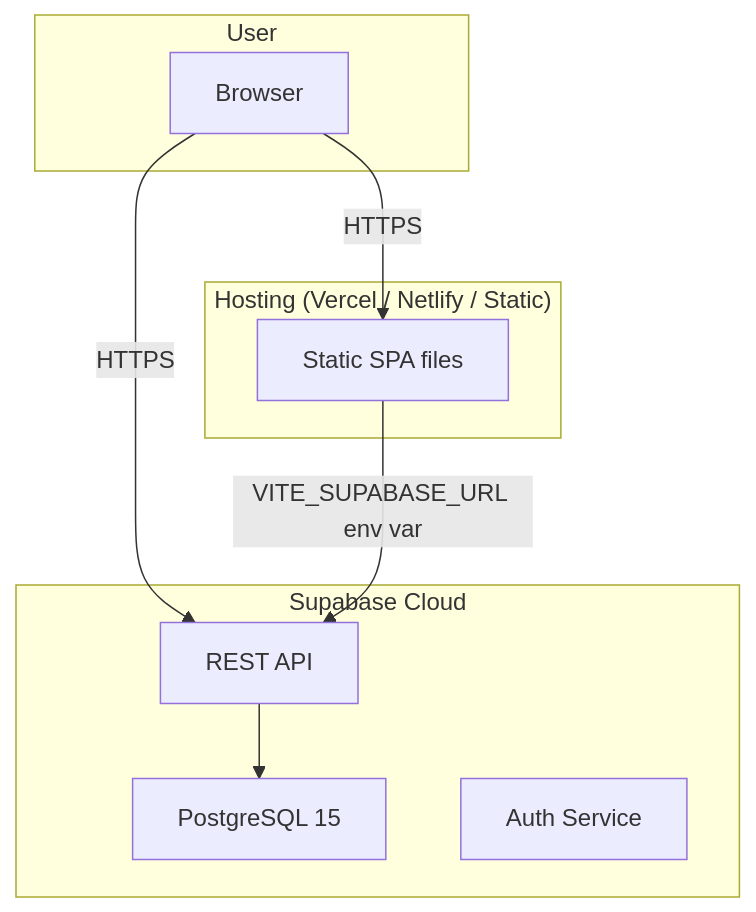
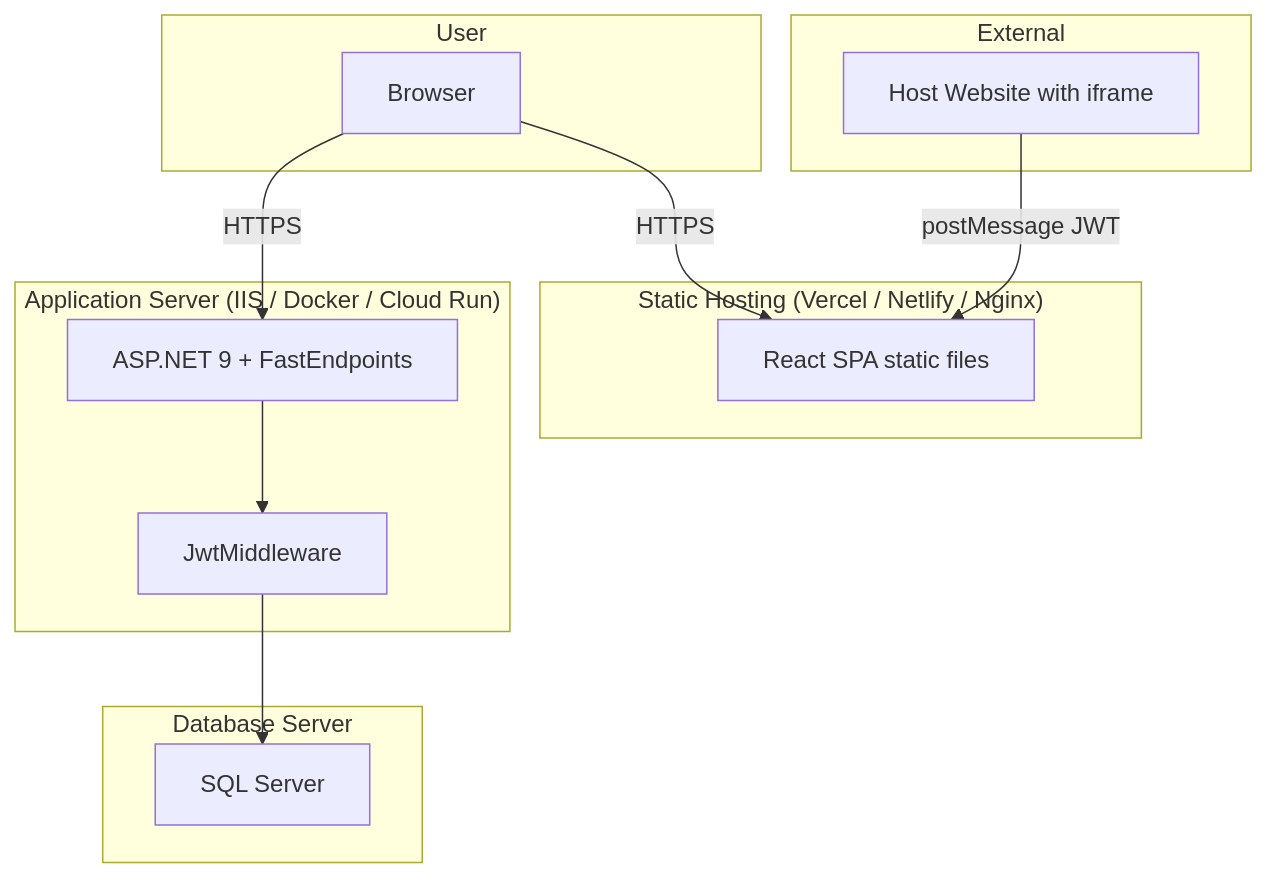
Before and after one commit to Ali-AnNT/qlnp-ttcds: the seventh of 7 diagrams in docs/system-architecture.md, drawn with Mermaid. The commit also changed other lines of this file and 6 other files, not shown here.

First line of the commit message:
docs: update documentation and migration plan for .NET 9 + FastEndpoints

````diff
--- a/docs/system-architecture.md
+++ b/docs/system-architecture.md
@@ -186,19 +275,25 @@
 ```mermaid
 graph TD
-    subgraph "Hosting (Vercel / Netlify / Static)"
-        SPA[Static SPA files]
+    subgraph "Static Hosting (Vercel / Netlify / Nginx)"
+        SPA[React SPA static files]
     end
-    subgraph "Supabase Cloud"
-        PG[PostgreSQL 15]
-        API[REST API]
-        Auth[Auth Service]
+    subgraph "Application Server (IIS / Docker / Cloud Run)"
+        API[ASP.NET 9 + FastEndpoints]
+        MW[JwtMiddleware]
+    end
+    subgraph "Database Server"
+        DB[SQL Server]
+    end
+    subgraph "External"
+        Host[Host Website with iframe]
     end
     subgraph "User"
         Browser[Browser]
     end
 
     Browser -->|HTTPS| SPA
     Browser -->|HTTPS| API
-    API --> PG
-    SPA -->|VITE_SUPABASE_URL env var| API
+    Host -->|postMessage JWT| SPA
+    API --> MW
+    MW --> DB
 ```
````
